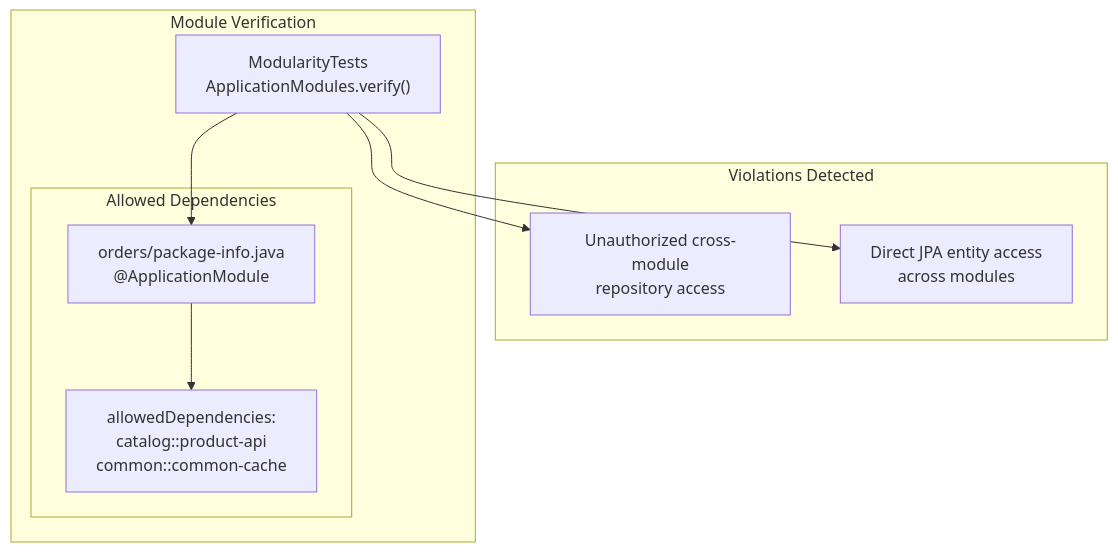
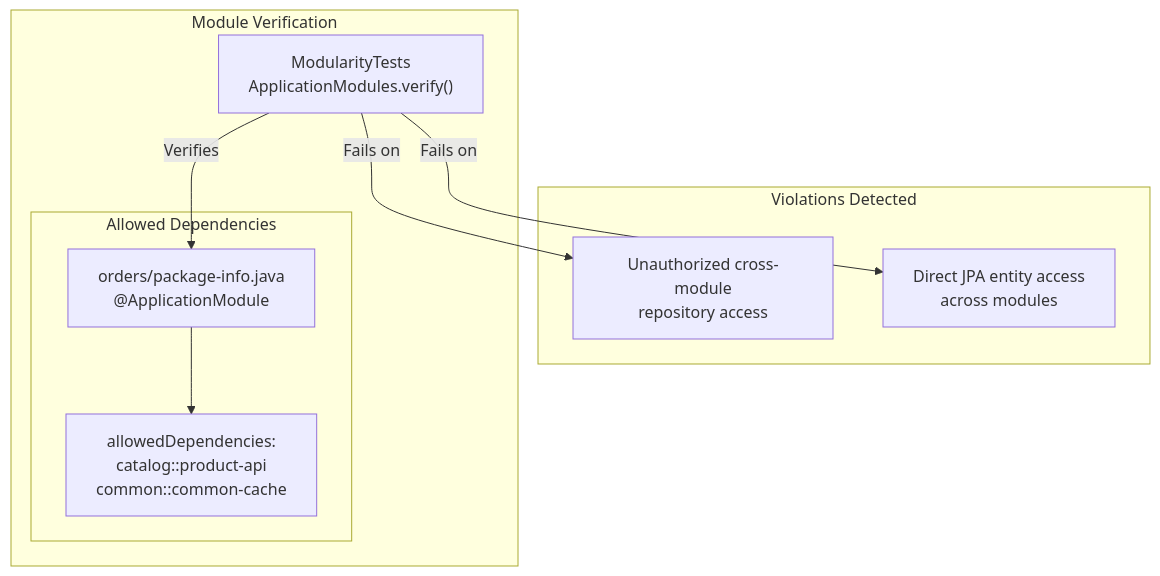
One commit to philipz/spring-modular-monolith changed the second of 12 diagrams in docs/deepwiki/Module-Structure-and-Boundaries.md. Above: the diagram before and after it, drawn with Mermaid. The commit also changed other lines of this file and 55 other files, not shown here.

````diff
--- a/docs/deepwiki/Module-Structure-and-Boundaries.md
+++ b/docs/deepwiki/Module-Structure-and-Boundaries.md
@@ -100,28 +100,28 @@
 ```mermaid
 flowchart TD
 
 ModularityTests["ModularityTests<br>ApplicationModules.verify()"]
 OrdersPkgInfo["orders/package-info.java<br>@ApplicationModule"]
 AllowedDeps["allowedDependencies:<br>catalog::product-api<br>common::common-cache"]
 UnauthorizedImport["Unauthorized cross-module<br>repository access"]
 DirectEntityAccess["Direct JPA entity access<br>across modules"]
 
-ModularityTests --> UnauthorizedImport
-ModularityTests --> DirectEntityAccess
+ModularityTests -->|"Fails on"| UnauthorizedImport
+ModularityTests -->|"Fails on"| DirectEntityAccess
 
 subgraph subGraph2 ["Violations Detected"]
     UnauthorizedImport
     DirectEntityAccess
 end
 
 subgraph subGraph1 ["Module Verification"]
     ModularityTests
-    ModularityTests --> OrdersPkgInfo
+    ModularityTests -->|"Verifies"| OrdersPkgInfo
 
 subgraph subGraph0 ["Allowed Dependencies"]
     OrdersPkgInfo
     AllowedDeps
     OrdersPkgInfo --> AllowedDeps
 end
 end
 ```
````
